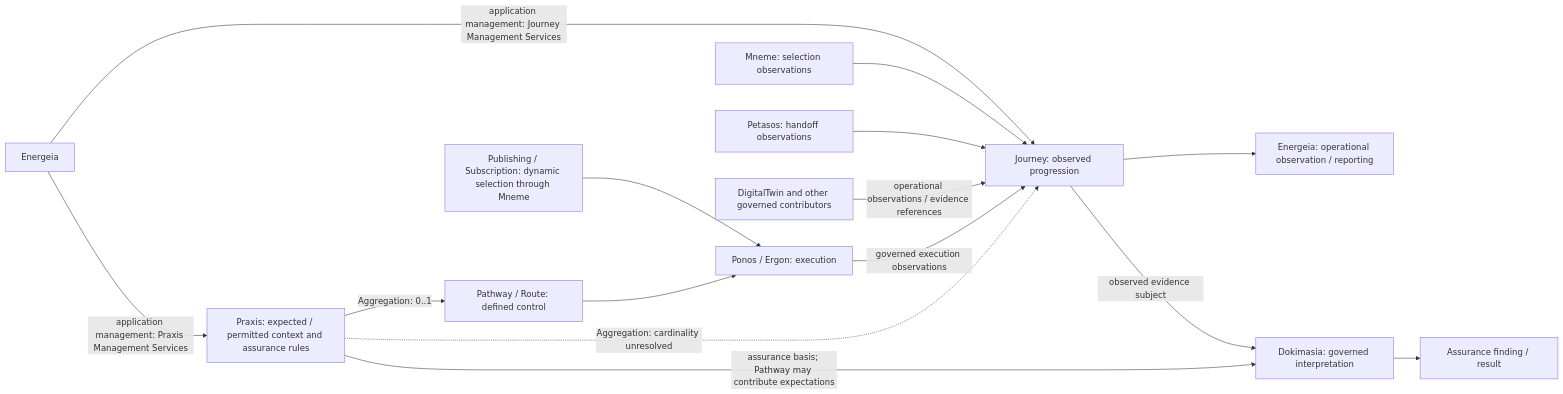
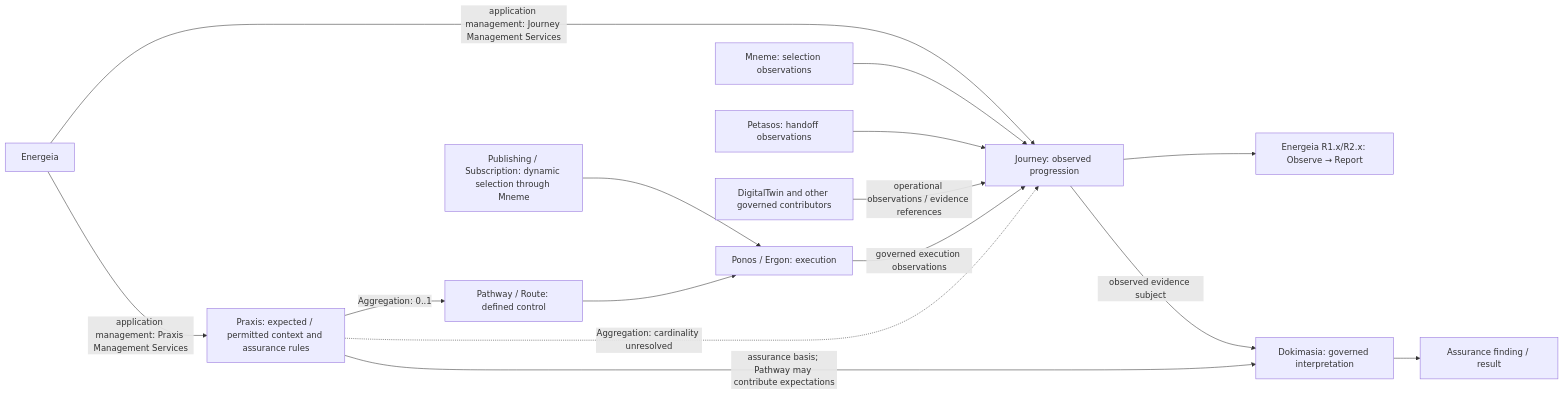
The second of 2 diagrams in docs/markdown/05-information-systems-architecture/pathways-journeys-and-handoff.md (fhirfactory/harmonia), drawn with Mermaid before and after one commit. The commit also changed other lines of this file and 13 other files, not shown here.

Commit message:
Harmonia Documentation - Domain 05 - Step 1 Candidate Solution Architecture Capture (VI)

````diff
--- a/docs/markdown/05-information-systems-architecture/pathways-journeys-and-handoff.md
+++ b/docs/markdown/05-information-systems-architecture/pathways-journeys-and-handoff.md
@@ -311,17 +319,17 @@
 ```mermaid
 flowchart LR
     Praxis["Praxis: expected / permitted context and assurance rules"] -->|Aggregation: 0..1| Path["Pathway / Route: defined control"]
     Path --> Exec["Ponos / Ergon: execution"]
     Pub["Publishing / Subscription: dynamic selection through Mneme"] --> Exec
     Exec -->|governed execution observations| Journey["Journey: observed progression"]
     Mneme["Mneme: selection observations"] --> Journey
     Petasos["Petasos: handoff observations"] --> Journey
     Twin["DigitalTwin and other governed contributors"] -->|operational observations / evidence references| Journey
     Energeia["Energeia"] -->|application management: Journey Management Services| Journey
     Energeia -->|application management: Praxis Management Services| Praxis
     Praxis -.->|Aggregation: cardinality unresolved| Journey
-    Journey --> Reporting["Energeia: operational observation / reporting"]
+    Journey --> Reporting["Energeia R1.x/R2.x: Observe → Report"]
     Journey -->|observed evidence subject| Assurance["Dokimasia: governed interpretation"]
     Praxis -->|assurance basis; Pathway may contribute expectations| Assurance
     Assurance --> Finding["Assurance finding / result"]
 ```
````
